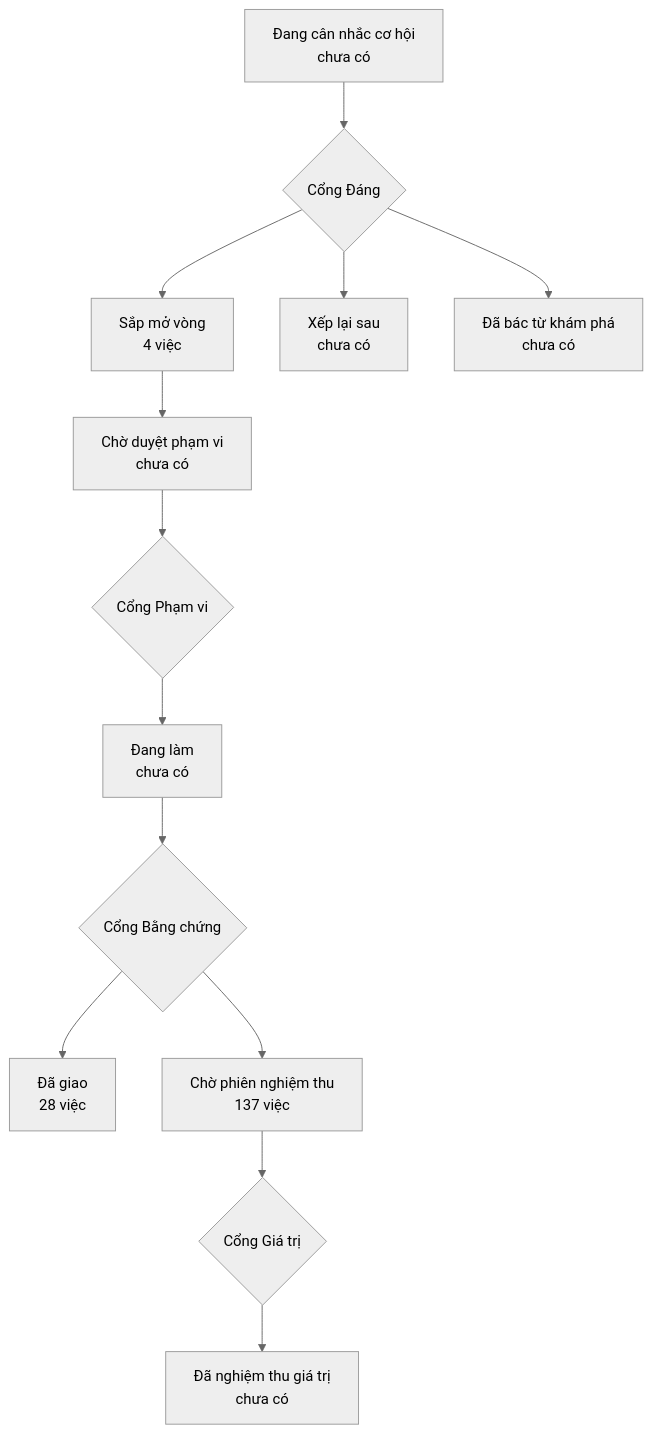
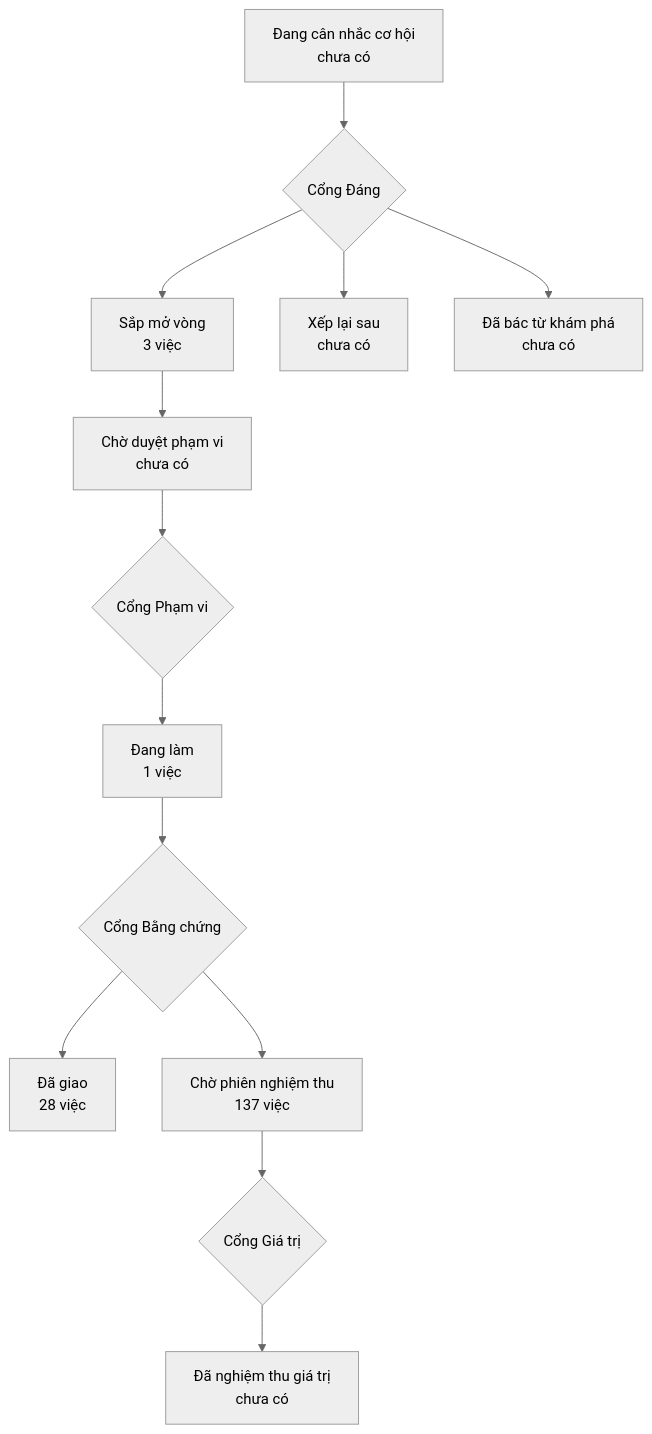
The diagram in PRODUCT-MAP.md (phanlemanh/onehub-quy-hang), drawn with Mermaid (neutral theme) before and after one commit. The commit also changed other lines of this file and 10 other files, not shown here.

````diff
--- a/PRODUCT-MAP.md
+++ b/PRODUCT-MAP.md
@@ -7,12 +7,12 @@
 ```mermaid
 flowchart TD
   A["Đang cân nhắc cơ hội<br/>chưa có"] --> GD{"Cổng Đáng"}
-  GD --> B["Sắp mở vòng<br/>4 việc"]
+  GD --> B["Sắp mở vòng<br/>3 việc"]
   GD --> XL["Xếp lại sau<br/>chưa có"]
   GD --> DB["Đã bác từ khám phá<br/>chưa có"]
   B --> CD["Chờ duyệt phạm vi<br/>chưa có"] --> GP{"Cổng Phạm vi"}
-  GP --> DL["Đang làm<br/>chưa có"] --> GB{"Cổng Bằng chứng"}
+  GP --> DL["Đang làm<br/>1 việc"] --> GB{"Cổng Bằng chứng"}
   GB --> DG["Đã giao<br/>28 việc"]
   GB --> CN["Chờ phiên nghiệm thu<br/>137 việc"] --> GG{"Cổng Giá trị"}
   GG --> NT["Đã nghiệm thu giá trị<br/>chưa có"]
 ```
````
